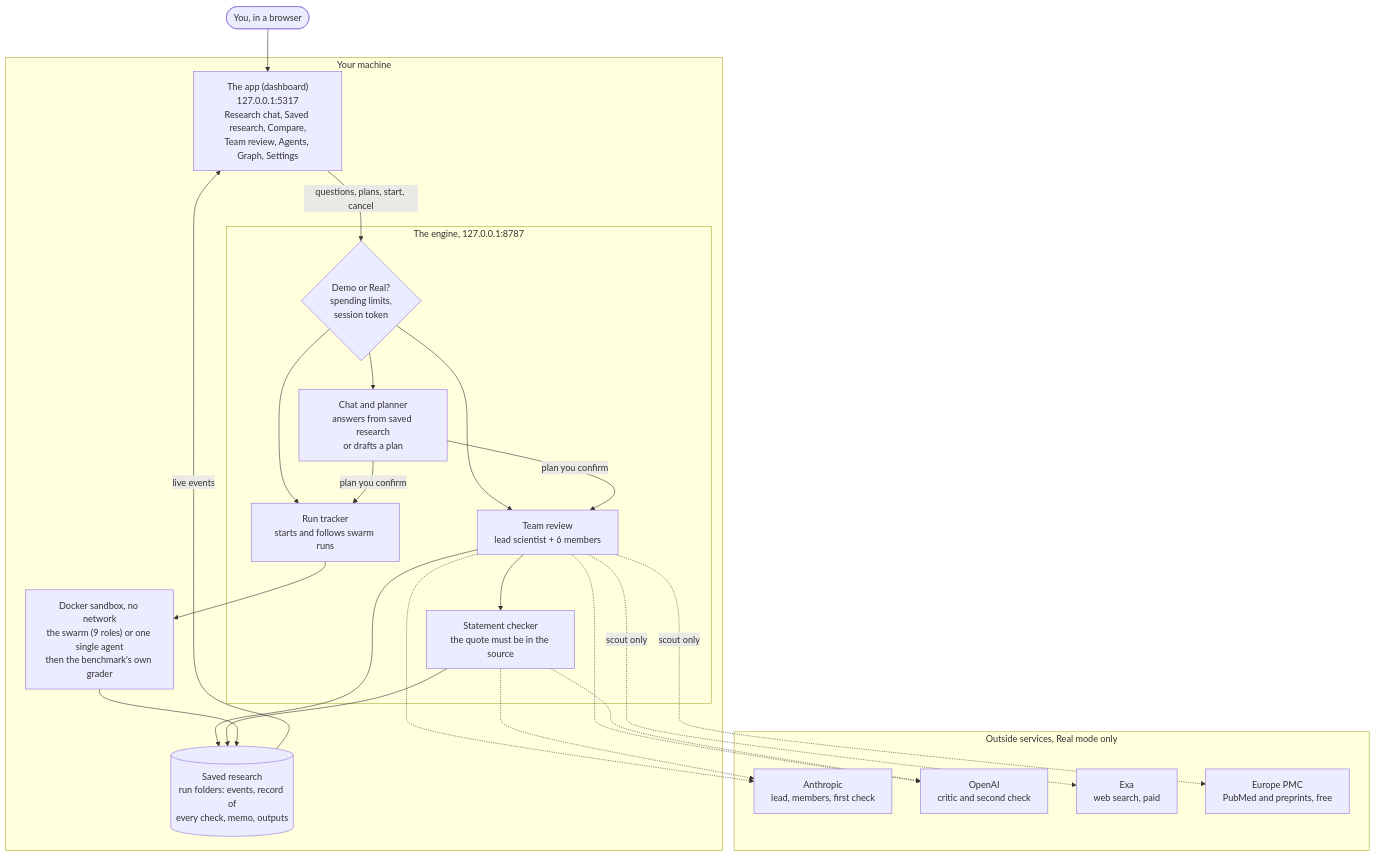
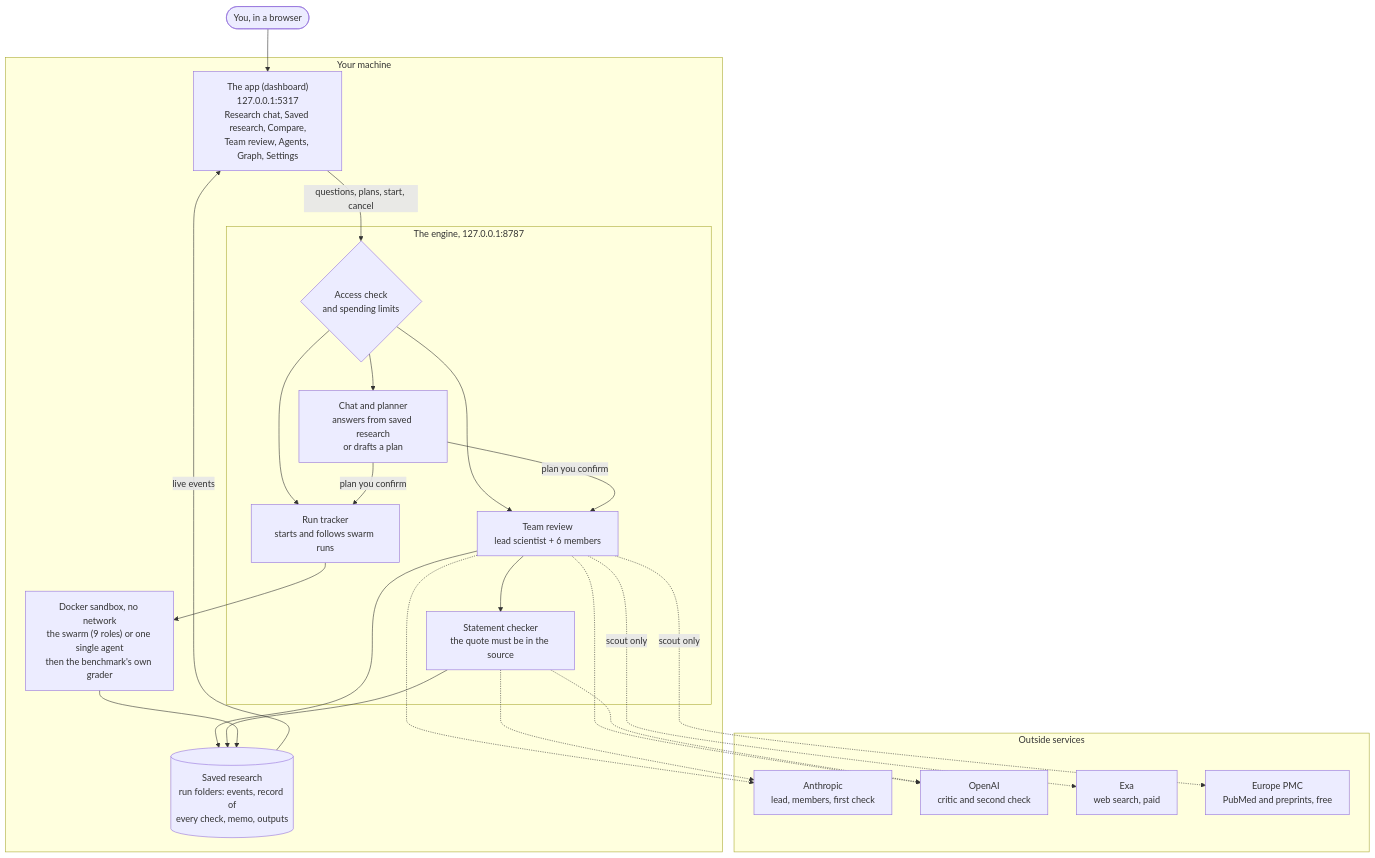
One commit to itsbrendandang/agent-test changed the diagram in README.md. Above: the diagram before and after it, drawn with Mermaid. The commit also changed other lines of this file and 3 other files, not shown here.

Commit message:
Docs: diagram shows the working product; test counts measured on a clean checkout of 1197442; check takes about three minutes

````diff
--- a/README.md
+++ b/README.md
@@ -118,44 +118,44 @@
 ```mermaid
 flowchart TB
     you(["You, in a browser"])
 
     subgraph mac["Your machine"]
         app["The app (dashboard)<br/>127.0.0.1:5317<br/>Research chat, Saved research, Compare,<br/>Team review, Agents, Graph, Settings"]
         subgraph engine["The engine, 127.0.0.1:8787"]
-            gate{"Demo or Real?<br/>spending limits,<br/>session token"}
+            gate{"Access check<br/>and spending limits"}
             chat["Chat and planner<br/>answers from saved research<br/>or drafts a plan"]
             board["Team review<br/>lead scientist + 6 members"]
             tracker["Run tracker<br/>starts and follows swarm runs"]
             check["Statement checker<br/>the quote must be in the source"]
         end
         store[("Saved research<br/>run folders: events, record of<br/>every check, memo, outputs")]
         sandbox["Docker sandbox, no network<br/>the swarm (9 roles) or one single agent<br/>then the benchmark's own grader"]
     end
 
-    subgraph outside["Outside services, Real mode only"]
+    subgraph outside["Outside services"]
         anthropic["Anthropic<br/>lead, members, first check"]
         openai["OpenAI<br/>critic and second check"]
         exa["Exa<br/>web search, paid"]
         pmc["Europe PMC<br/>PubMed and preprints, free"]
     end
 
     you --> app
     app -- "questions, plans, start, cancel" --> gate
     gate --> chat
     gate --> board
     gate --> tracker
     chat -- "plan you confirm" --> board
     chat -- "plan you confirm" --> tracker
     board --> check
     tracker --> sandbox
     board --> store
     check --> store
     sandbox --> store
     store -- "live events" --> app
     board -.-> anthropic
     board -.-> openai
     check -.-> anthropic
     check -.-> openai
     board -. "scout only" .-> exa
     board -. "scout only" .-> pmc
 ```
````
